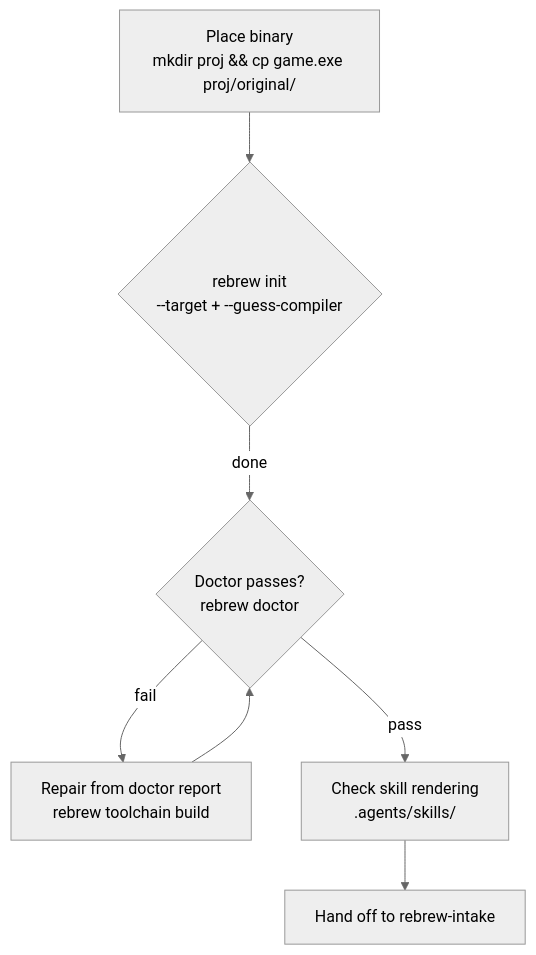
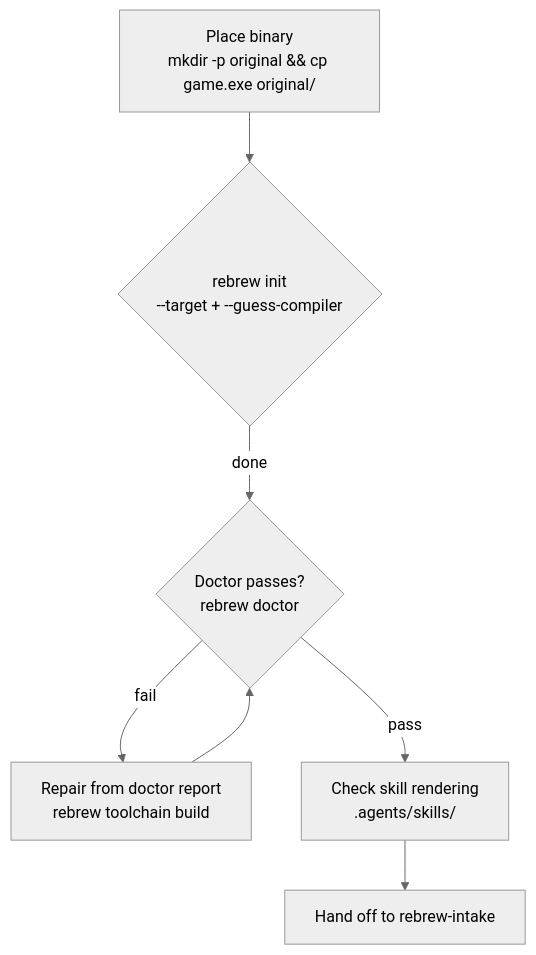
The diagram in .agents/skills/rebrew-init/SKILL.md (maci0/rebrew), drawn with Mermaid (neutral theme) before and after one commit. The commit also changed other lines of this file and 17 other files, not shown here.

````diff
--- a/.agents/skills/rebrew-init/SKILL.md
+++ b/.agents/skills/rebrew-init/SKILL.md
@@ -14,9 +14,9 @@
 ```mermaid
 graph TD
-    Place[Place binary<br/>mkdir proj && cp game.exe proj/original/] --> Init
+    Place[Place binary<br/>mkdir -p original && cp game.exe original/] --> Init
     Init{rebrew init<br/>--target + --guess-compiler} -->|done| Doctor{Doctor passes?<br/>rebrew doctor}
     Doctor -->|fail| Fix[Repair from doctor report<br/>rebrew toolchain build <profile>]
     Fix --> Doctor
     Doctor -->|pass| Skills[Check skill rendering<br/>.agents/skills/]
     Skills --> Handoff[Hand off to rebrew-intake]
 ```
````
